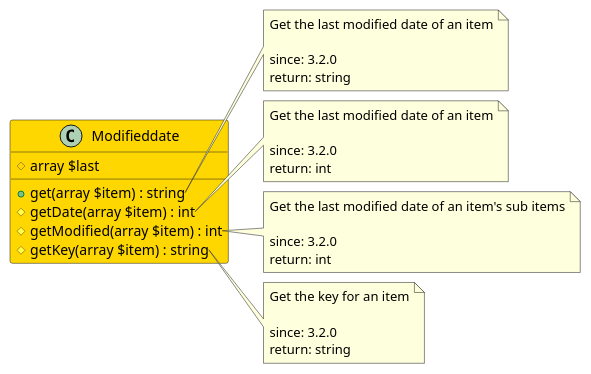
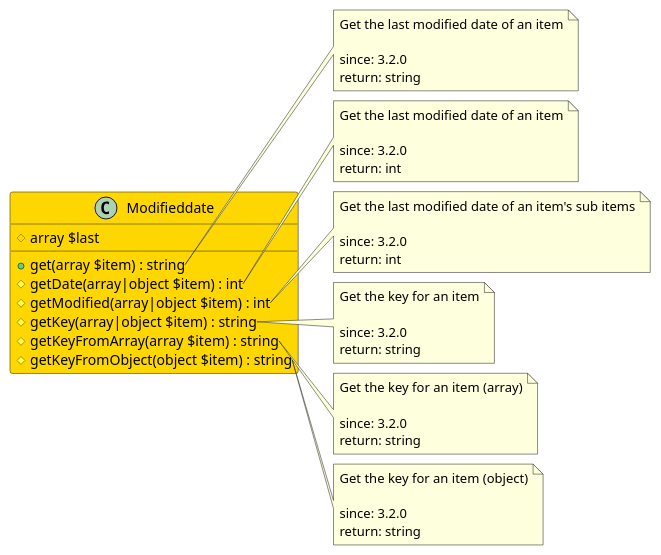
Before and after one commit to joomengine/jcb-compiler: the diagram in src/9127e428-5dee-46cb-b3a9-ab5b91ea6df3/README.md, drawn with PlantUML. The commit also changed 37 other files, not shown here.

````diff
--- a/src/9127e428-5dee-46cb-b3a9-ab5b91ea6df3/README.md
+++ b/src/9127e428-5dee-46cb-b3a9-ab5b91ea6df3/README.md
@@ -11,40 +11,56 @@
 ```uml
 @startuml
 class Modifieddate  #Gold {
   # array $last
   + get(array $item) : string
-  # getDate(array $item) : int
-  # getModified(array $item) : int
-  # getKey(array $item) : string
+  # getDate(array|object $item) : int
+  # getModified(array|object $item) : int
+  # getKey(array|object $item) : string
+  # getKeyFromArray(array $item) : string
+  # getKeyFromObject(object $item) : string
 }
 
 note right of Modifieddate::get
   Get the last modified date of an item
 
   since: 3.2.0
   return: string
 end note
 
 note right of Modifieddate::getDate
   Get the last modified date of an item
 
   since: 3.2.0
   return: int
 end note
 
 note right of Modifieddate::getModified
   Get the last modified date of an item's sub items
 
   since: 3.2.0
   return: int
 end note
 
 note right of Modifieddate::getKey
   Get the key for an item
 
   since: 3.2.0
   return: string
 end note
+
+note right of Modifieddate::getKeyFromArray
+  Get the key for an item (array)
+
+  since: 3.2.0
+  return: string
+end note
+
+note right of Modifieddate::getKeyFromObject
+  Get the key for an item (object)
+
+  since: 3.2.0
+  return: string
+end note
  
 @enduml
 ```
````
